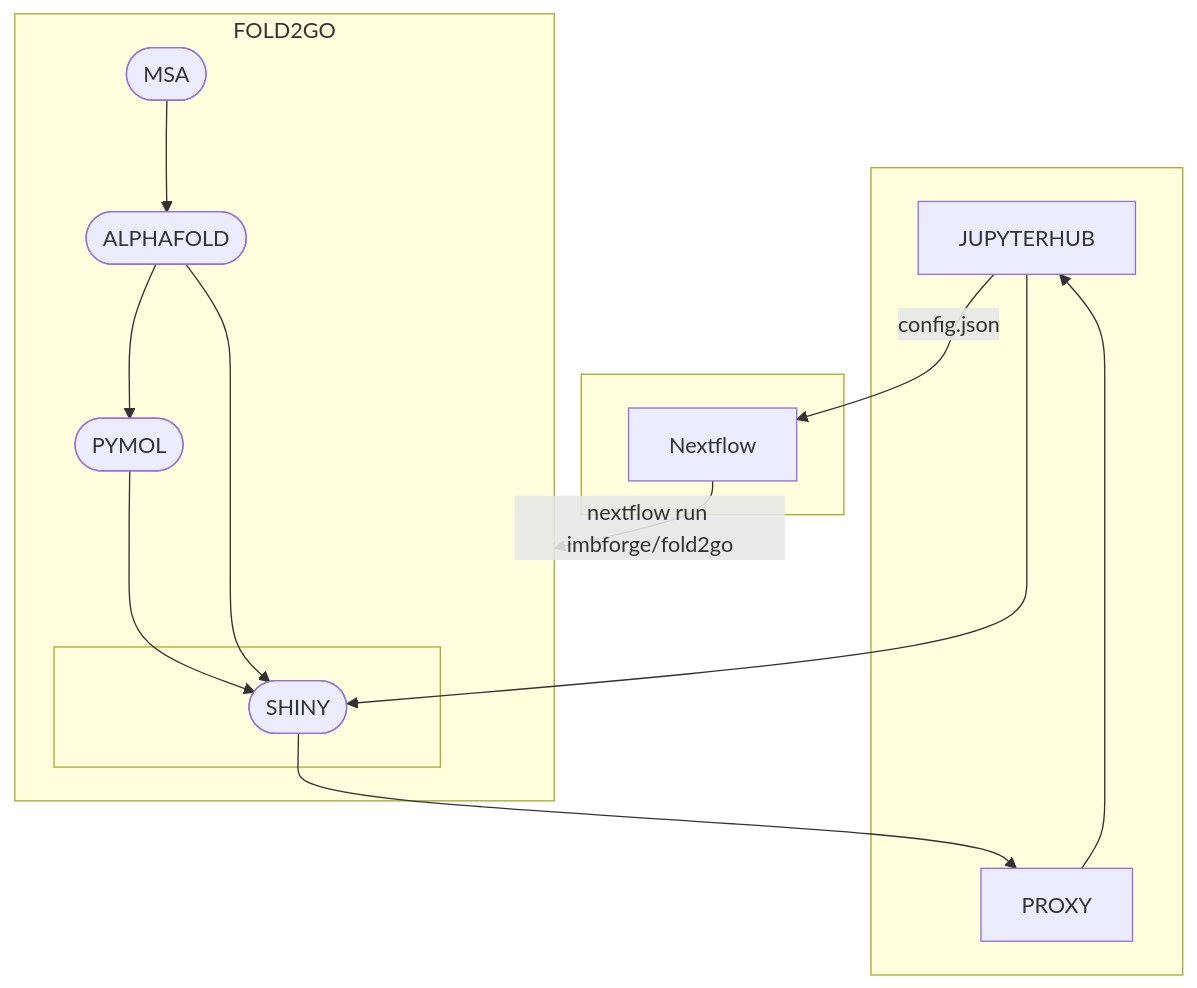
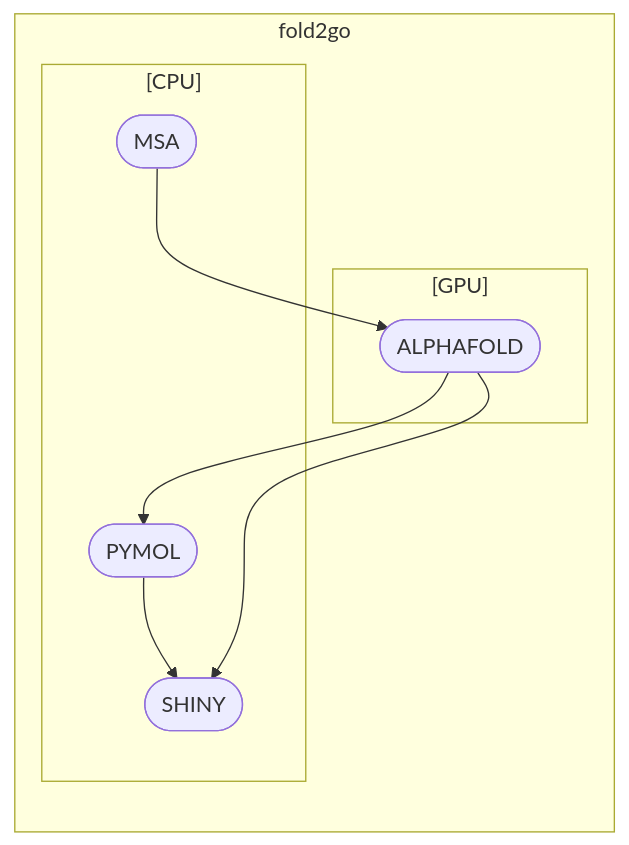
Before and after one commit to imbforge/fold2go: the diagram in README.md, drawn with Mermaid. The commit also changed other lines of this file and 6 other files, not shown here.

````diff
--- a/README.md
+++ b/README.md
@@ -11,27 +10,17 @@
 ```mermaid
-flowchart TB
-    subgraph " "
-    v6[JUPYTERHUB]
-    v3[PROXY]
-    end
-    subgraph " "
-    v1[Nextflow]
-    end
-    subgraph FOLD2GO
-    v11([MSA])
-    v17([ALPHAFOLD])
-    v19([PYMOL])
-        subgraph " "
+flowchart LR
+    subgraph fold2go
+        subgraph "[GPU]"
+        v17([ALPHAFOLD])
+        end
+        subgraph "[CPU]"
+        v11([MSA])
+        v19([PYMOL])
         v7([SHINY])
         end
-    end
-    v6 -->|config.json| v1
-    v1 -->|nextflow run imbforge/fold2go| FOLD2GO
-    v6 --> v7
     v11 --> v17
     v17 --> v19
     v19 --> v7
     v17 --> v7
-    v7 --> v3
-    v3 --> v6
+    end
 ```
````
